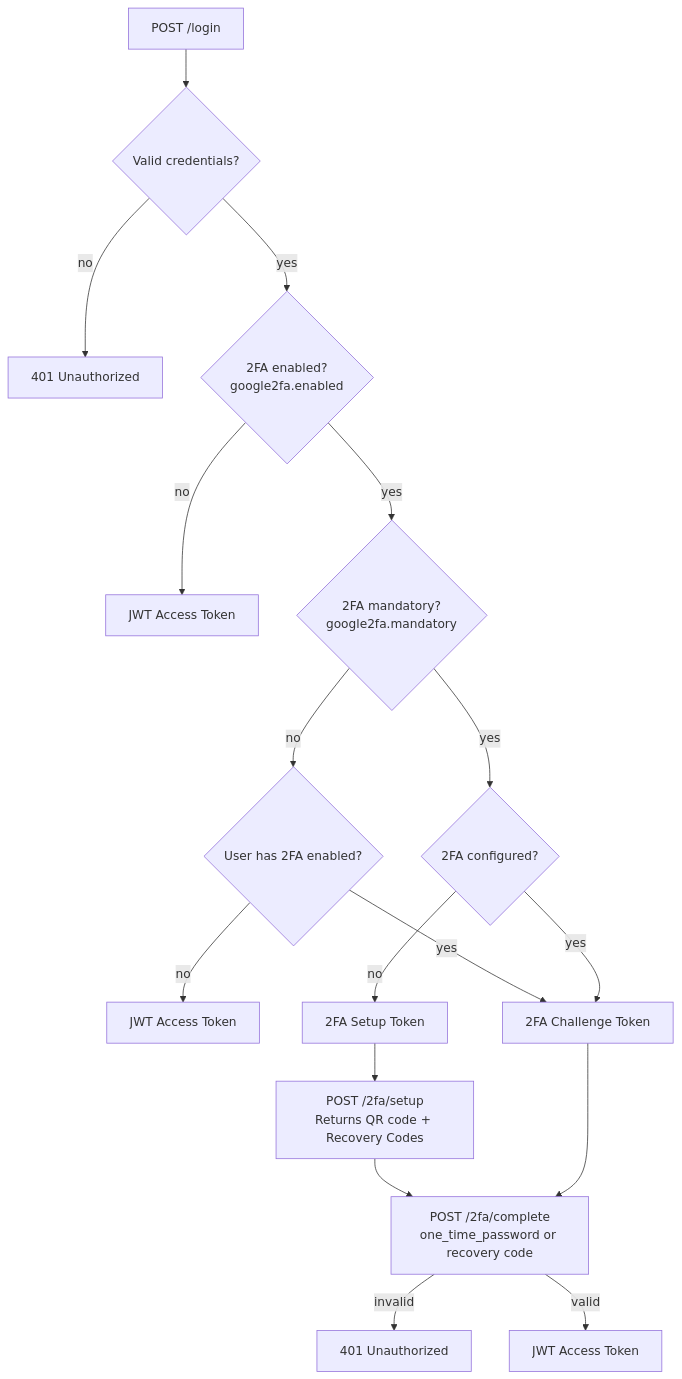
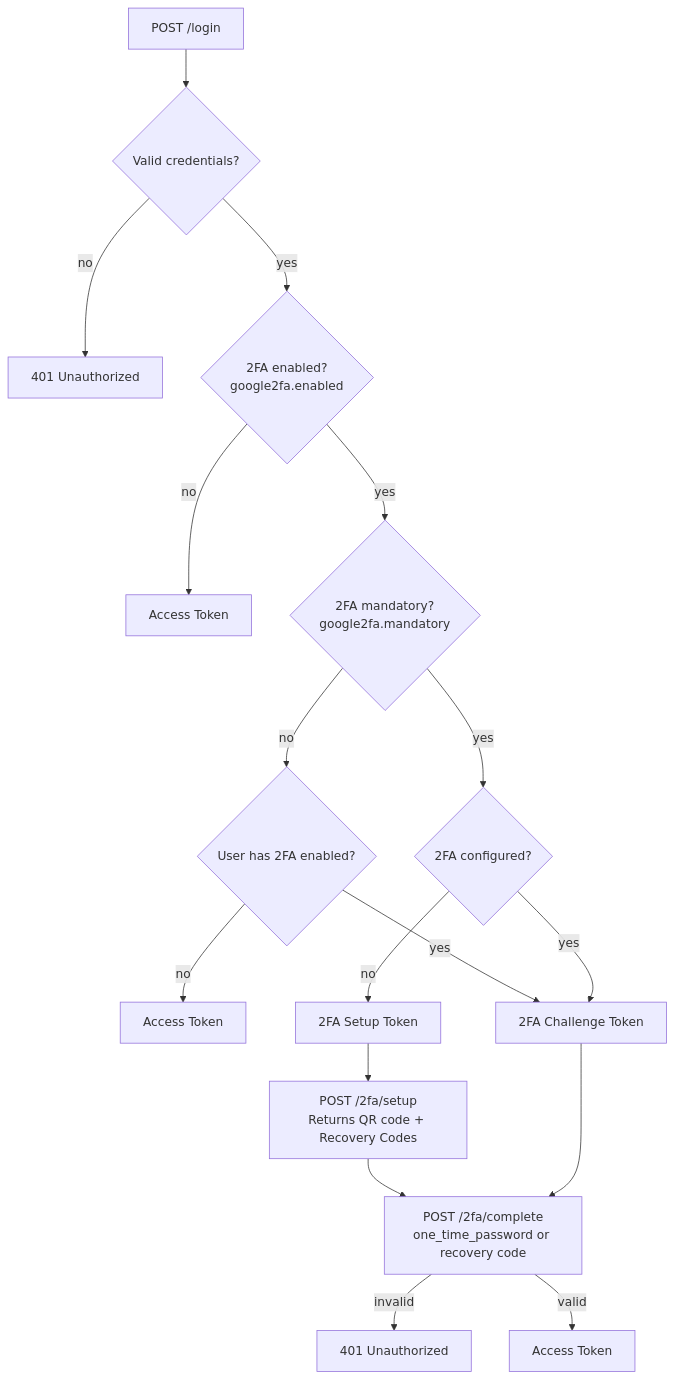
Before and after one commit to Light-it-labs/lightit-auth-laravel: the diagram in docs/google-2fa.md, drawn with Mermaid. The commit also changed other lines of this file and 16 other files, not shown here.

````diff
--- a/docs/google-2fa.md
+++ b/docs/google-2fa.md
@@ -107,24 +89,24 @@
 ```mermaid
 flowchart TD
     Login[POST /login] --> ValidateCreds{Valid credentials?}
     ValidateCreds -- no --> E401[401 Unauthorized]
     ValidateCreds -- yes --> AppHas2FA{2FA enabled?\ngoogle2fa.enabled}
 
-    AppHas2FA -- no --> JWT1[JWT Access Token]
+    AppHas2FA -- no --> JWT1[Access Token]
     AppHas2FA -- yes --> IsMandatory{2FA mandatory?\ngoogle2fa.mandatory}
 
     IsMandatory -- no --> UserHas2FA{User has 2FA enabled?}
-    UserHas2FA -- no --> JWT2[JWT Access Token]
+    UserHas2FA -- no --> JWT2[Access Token]
     UserHas2FA -- yes --> ChallengeToken[2FA Challenge Token]
 
     IsMandatory -- yes --> IsSetup{2FA configured?}
     IsSetup -- no --> SetupToken[2FA Setup Token]
     SetupToken --> Setup[POST /2fa/setup\nReturns QR code + Recovery Codes]
     Setup --> Complete
 
     IsSetup -- yes --> ChallengeToken
     ChallengeToken --> Complete[POST /2fa/complete\none_time_password or recovery code]
 
     Complete -- invalid --> E401_2[401 Unauthorized]
-    Complete -- valid --> JWT3[JWT Access Token]
+    Complete -- valid --> JWT3[Access Token]
 ```
````
